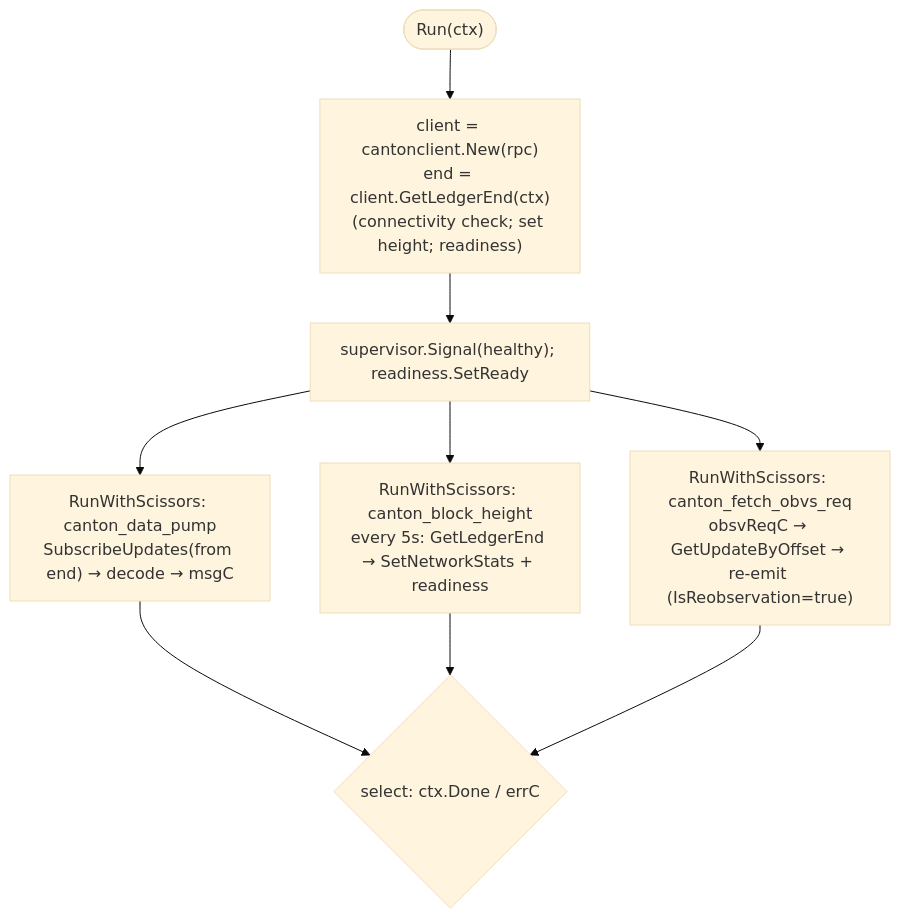
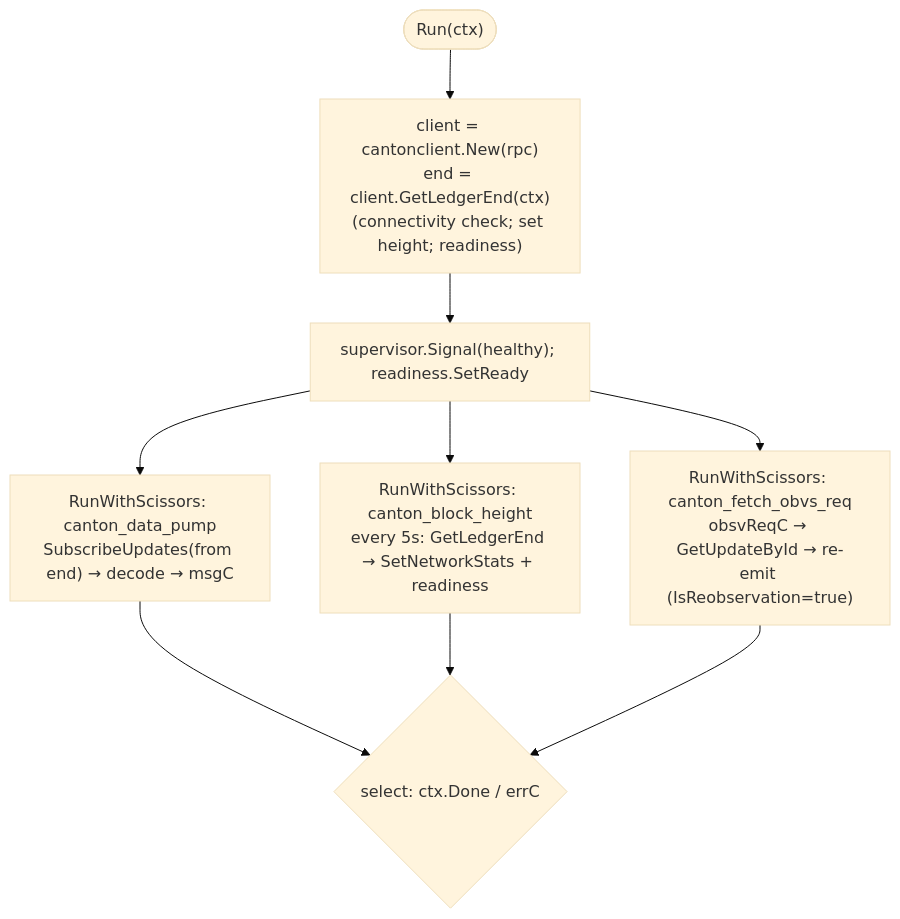
One commit to wormholelabs-xyz/wormhole changed the second of 2 diagrams in canton/README.md. Above: the diagram before and after it, drawn with Mermaid (base theme). The commit also changed other lines of this file and 1 other file, not shown here.

Commit message:
canton: document update-id TxID and required cantonPackageID and cantonReadAsParty outside dev mode

````diff
--- a/canton/README.md
+++ b/canton/README.md
@@ -871,11 +908,11 @@
 ```mermaid
 flowchart TD
     run(["Run(ctx)"]) --> init["client = cantonclient.New(rpc)<br/>end = client.GetLedgerEnd(ctx)<br/>(connectivity check; set height; readiness)"]
     init --> ready["supervisor.Signal(healthy); readiness.SetReady"]
     ready --> pump["RunWithScissors: canton_data_pump<br/>SubscribeUpdates(from end) → decode → msgC"]
     ready --> height["RunWithScissors: canton_block_height<br/>every 5s: GetLedgerEnd → SetNetworkStats + readiness"]
-    ready --> reobs["RunWithScissors: canton_fetch_obvs_req<br/>obsvReqC → GetUpdateByOffset → re-emit (IsReobservation=true)"]
+    ready --> reobs["RunWithScissors: canton_fetch_obvs_req<br/>obsvReqC → GetUpdateById → re-emit (IsReobservation=true)"]
     pump --> sel{"select: ctx.Done / errC"}
     height --> sel
     reobs --> sel
 ```
````
